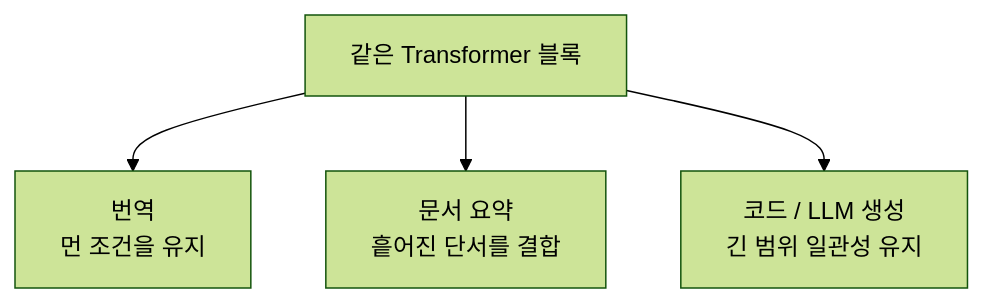
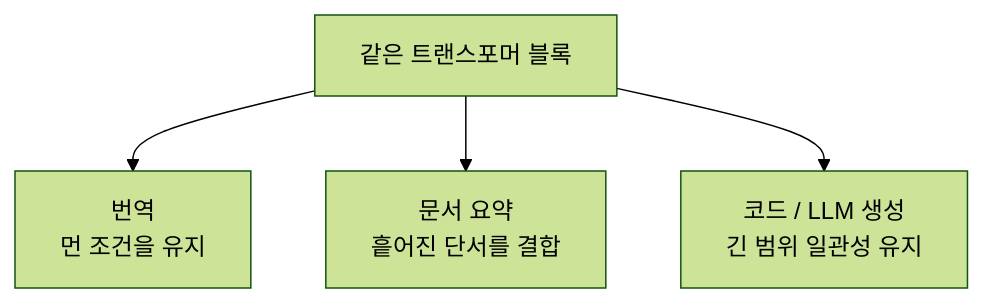
Before and after one commit to devchan64/AiBook: the diagram in docs/assets/part-05/chapter-14/transformer-task-flow-ko.mmd, drawn with Mermaid (forest theme). The commit also changed 79 other files, not shown here.

Commit message:
Refine part 5 support materials and part 6 tokenization flow

```diff
--- a/docs/assets/part-05/chapter-14/transformer-task-flow-ko.mmd
+++ b/docs/assets/part-05/chapter-14/transformer-task-flow-ko.mmd
@@ -1,9 +1,9 @@
 flowchart TD
-  A["같은 Transformer 블록"]
+  A["같은 트랜스포머 블록"]
   B["번역<br/>먼 조건을 유지"]
   C["문서 요약<br/>흩어진 단서를 결합"]
   D["코드 / LLM 생성<br/>긴 범위 일관성 유지"]
 
   A --> B
   A --> C
   A --> D
```
